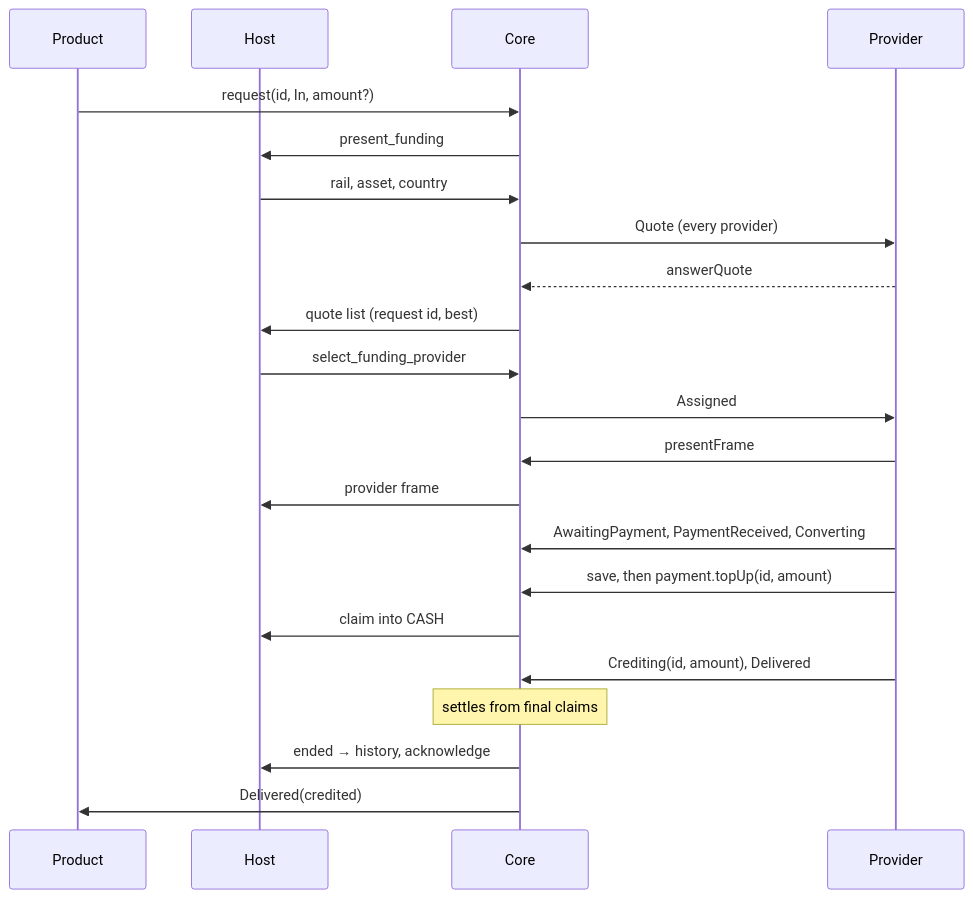
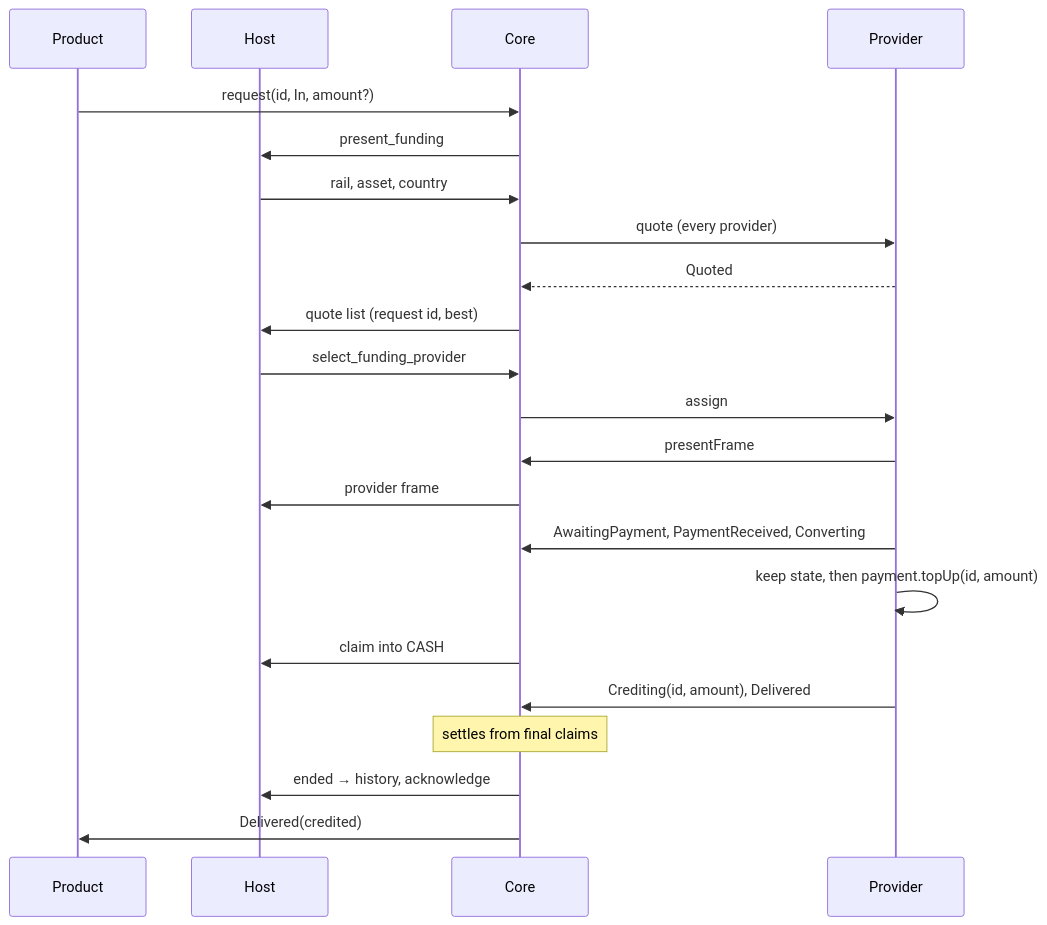
Before and after one commit to paritytech/trinity-user-agents: the third of 8 diagrams in docs/design/funding-modality.md, drawn with Mermaid. The commit also changed other lines of this file, not shown here.

Commit message:
docs(design): the core calls the provider's worker; one offer per cancel

````diff
--- a/docs/design/funding-modality.md
+++ b/docs/design/funding-modality.md
@@ -80,24 +82,24 @@
 ```mermaid
 sequenceDiagram
   participant P as Product
   participant H as Host
   participant C as Core
   participant W as Provider
   P->>C: request(id, In, amount?)
   C->>H: present_funding
   H->>C: rail, asset, country
-  C->>W: Quote (every provider)
-  W-->>C: answerQuote
+  C->>W: quote (every provider)
+  W-->>C: Quoted
   C->>H: quote list (request id, best)
   H->>C: select_funding_provider
-  C->>W: Assigned
+  C->>W: assign
   W->>C: presentFrame
   C->>H: provider frame
   W->>C: AwaitingPayment, PaymentReceived, Converting
-  W->>C: save, then payment.topUp(id, amount)
+  W->>W: keep state, then payment.topUp(id, amount)
   C->>H: claim into CASH
   W->>C: Crediting(id, amount), Delivered
   Note over C: settles from final claims
   C->>H: ended → history, acknowledge
   C->>P: Delivered(credited)
 ```
````
